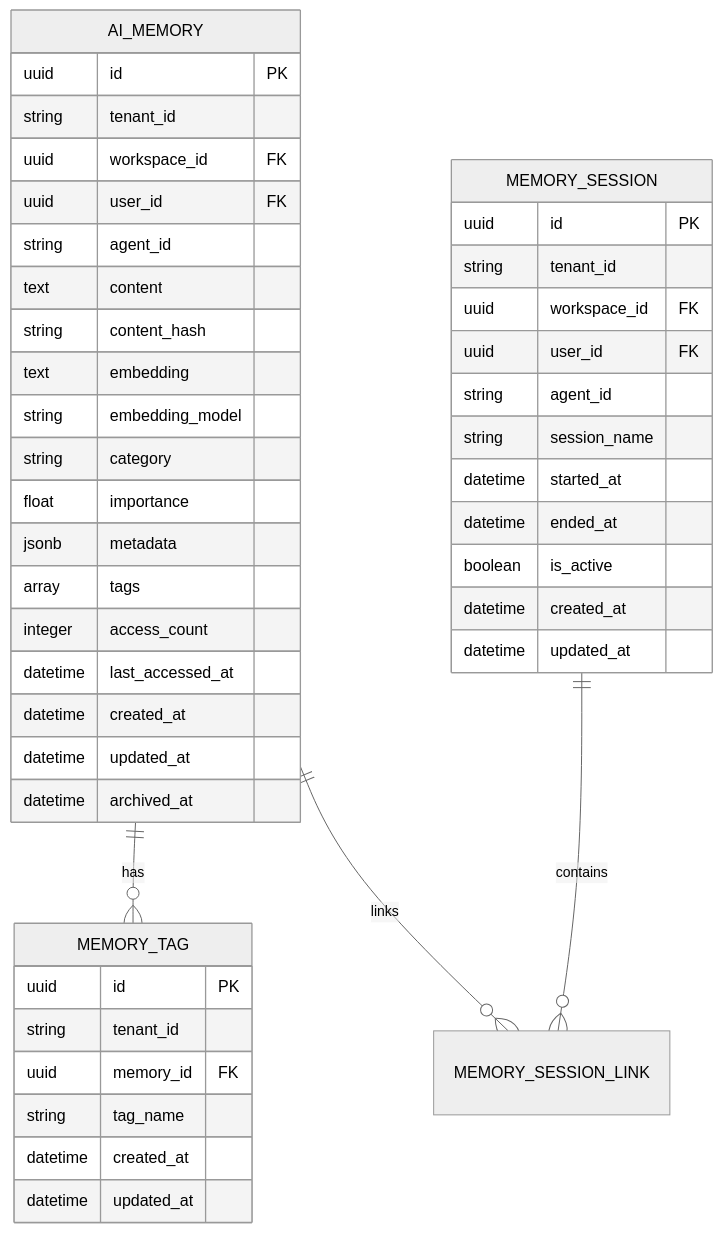
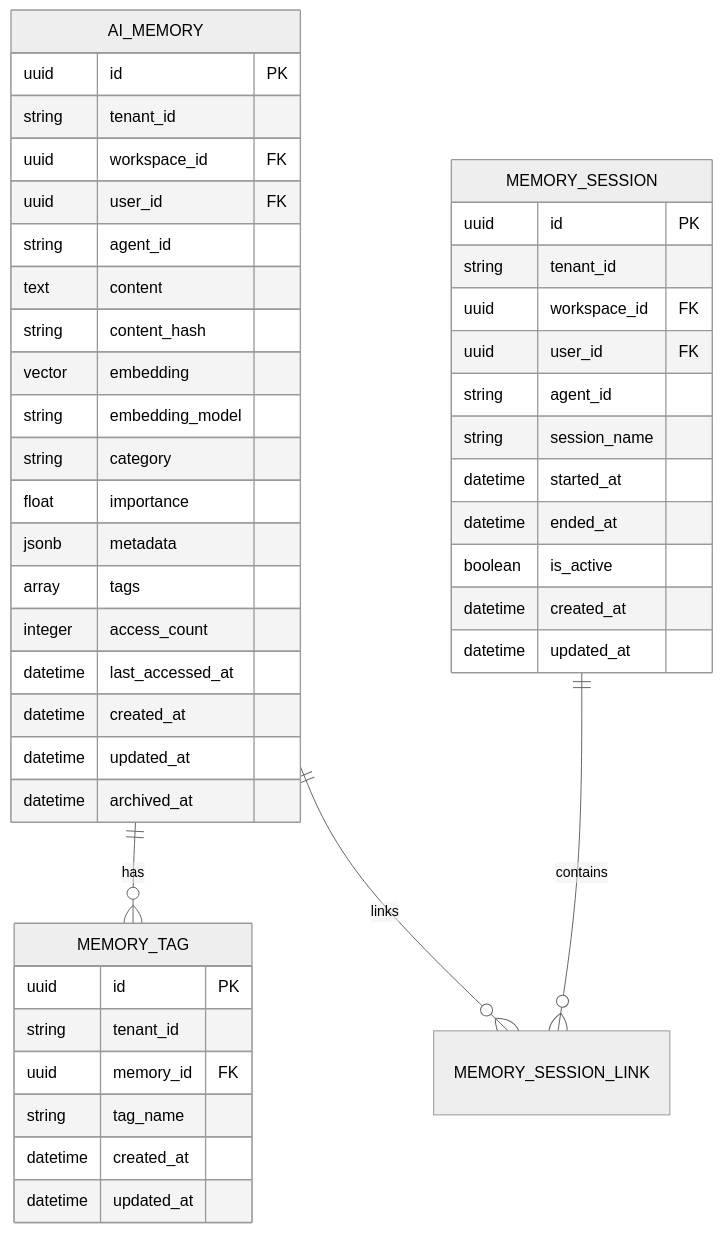
Before and after one commit to joezxh/CoPaw: the third of 8 diagrams in .qoder/repowiki/zh/content/后端架构/向量内存系统.md, drawn with Mermaid (neutral theme). The commit also changed other lines of this file and 117 other files, not shown here.

````diff
--- a/.qoder/repowiki/zh/content/后端架构/向量内存系统.md
+++ b/.qoder/repowiki/zh/content/后端架构/向量内存系统.md
@@ -146,47 +152,47 @@
 ```mermaid
 erDiagram
 AI_MEMORY {
 uuid id PK
 string tenant_id
 uuid workspace_id FK
 uuid user_id FK
 string agent_id
 text content
 string content_hash
-text embedding
+vector embedding
 string embedding_model
 string category
 float importance
 jsonb metadata
 array tags
 integer access_count
 datetime last_accessed_at
 datetime created_at
 datetime updated_at
 datetime archived_at
 }
 MEMORY_TAG {
 uuid id PK
 string tenant_id
 uuid memory_id FK
 string tag_name
 datetime created_at
 datetime updated_at
 }
 MEMORY_SESSION {
 uuid id PK
 string tenant_id
 uuid workspace_id FK
 uuid user_id FK
 string agent_id
 string session_name
 datetime started_at
 datetime ended_at
 boolean is_active
 datetime created_at
 datetime updated_at
 }
 AI_MEMORY ||--o{ MEMORY_TAG : has
 AI_MEMORY ||--o{ MEMORY_SESSION_LINK : links
 MEMORY_SESSION ||--o{ MEMORY_SESSION_LINK : contains
 ```
````
